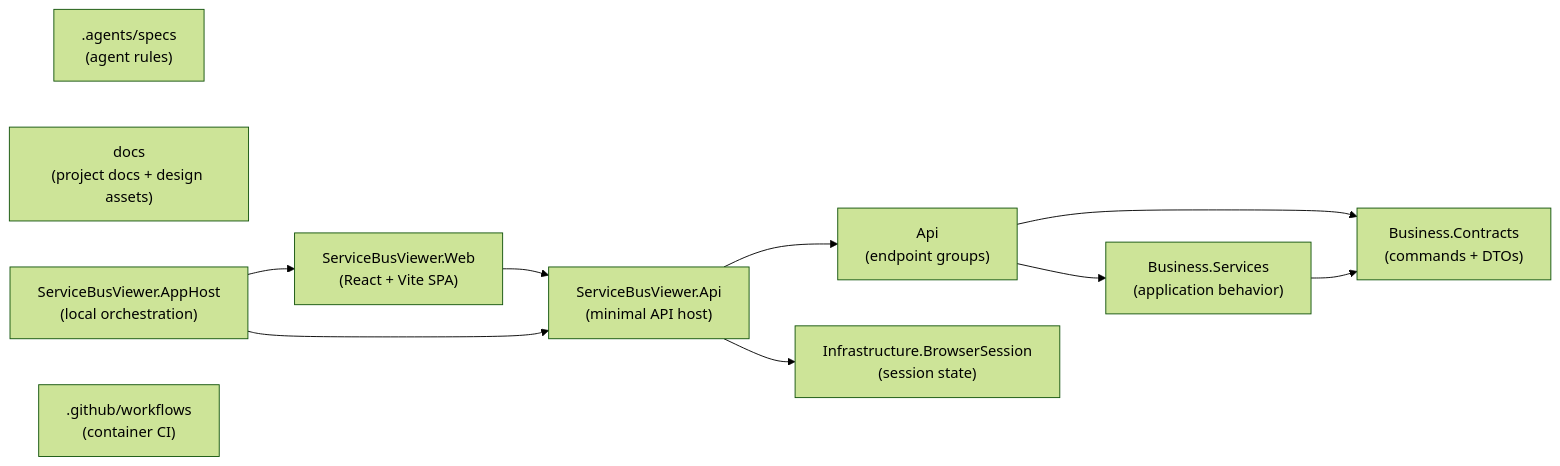
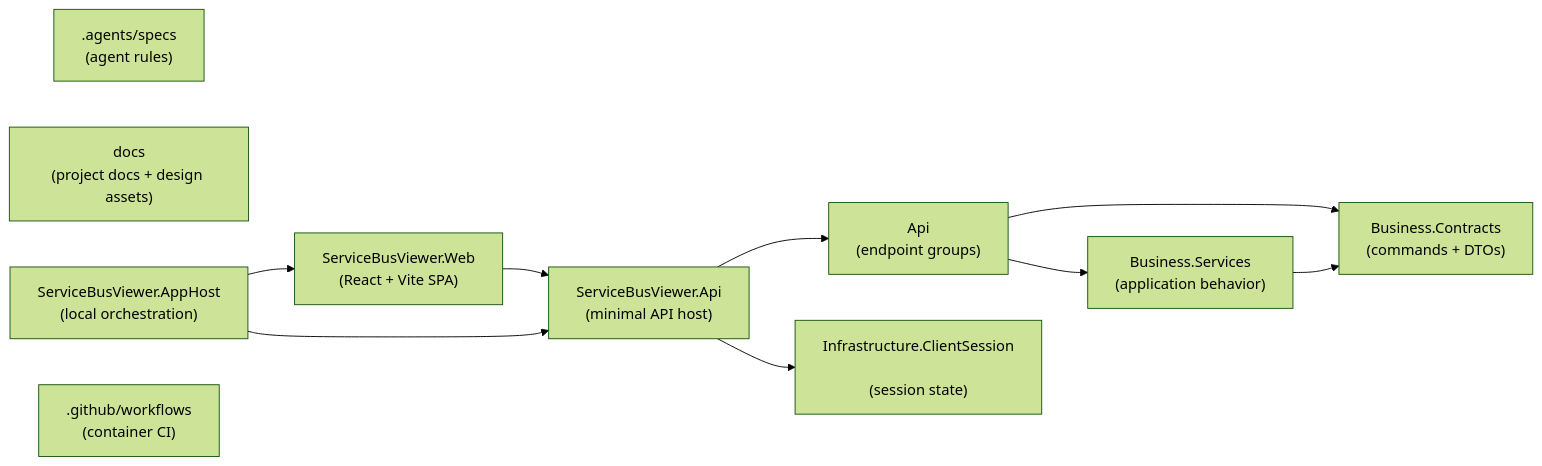
Before and after one commit to VeselovAndrey/ServiceBusViewer: the diagram in docs/PROJECT_STRUCTURE.md, drawn with Mermaid (forest theme). The commit also changed other lines of this file, not shown here.

Commit message:
Rewrite PROJECT_STRUCTURE.md for clarity and rename folder

````diff
--- a/docs/PROJECT_STRUCTURE.md
+++ b/docs/PROJECT_STRUCTURE.md
@@ -120,22 +120,23 @@
 ```mermaid
 flowchart LR
     specs[".agents/specs\n(agent rules)"]
     docs["docs\n(project docs + design assets)"]
     apphost["ServiceBusViewer.AppHost\n(local orchestration)"]
     api["ServiceBusViewer.Api\n(minimal API host)"]
     endpoints["Api\n(endpoint groups)"]
     contracts["Business.Contracts\n(commands + DTOs)"]
     services["Business.Services\n(application behavior)"]
-    session["Infrastructure.BrowserSession\n(session state)"]
+    session["Infrastructure.ClientSession
+\n(session state)"]
     web["ServiceBusViewer.Web\n(React + Vite SPA)"]
     workflows[".github/workflows\n(container CI)"]
 
     api --> endpoints
     endpoints --> contracts
     endpoints --> services
     services --> contracts
     api --> session
     web --> api
     apphost --> api
     apphost --> web
 ```
````
